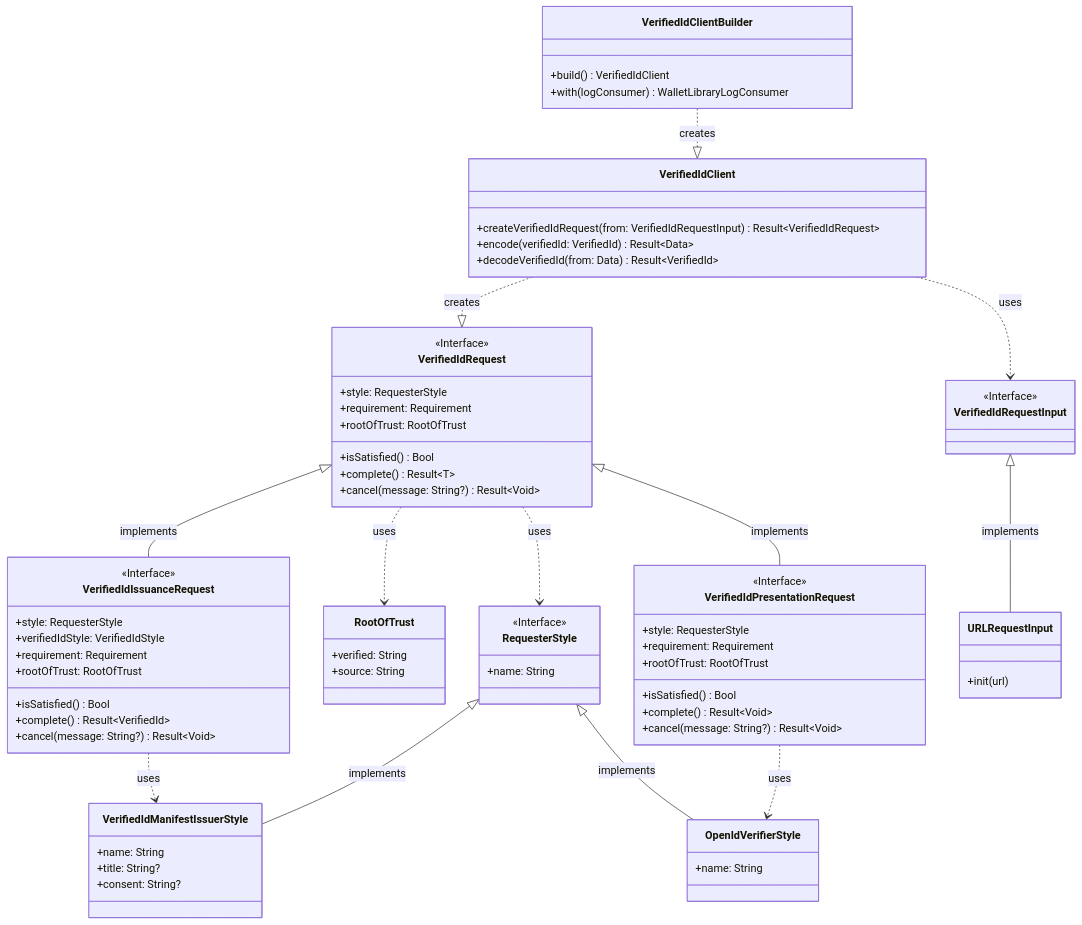
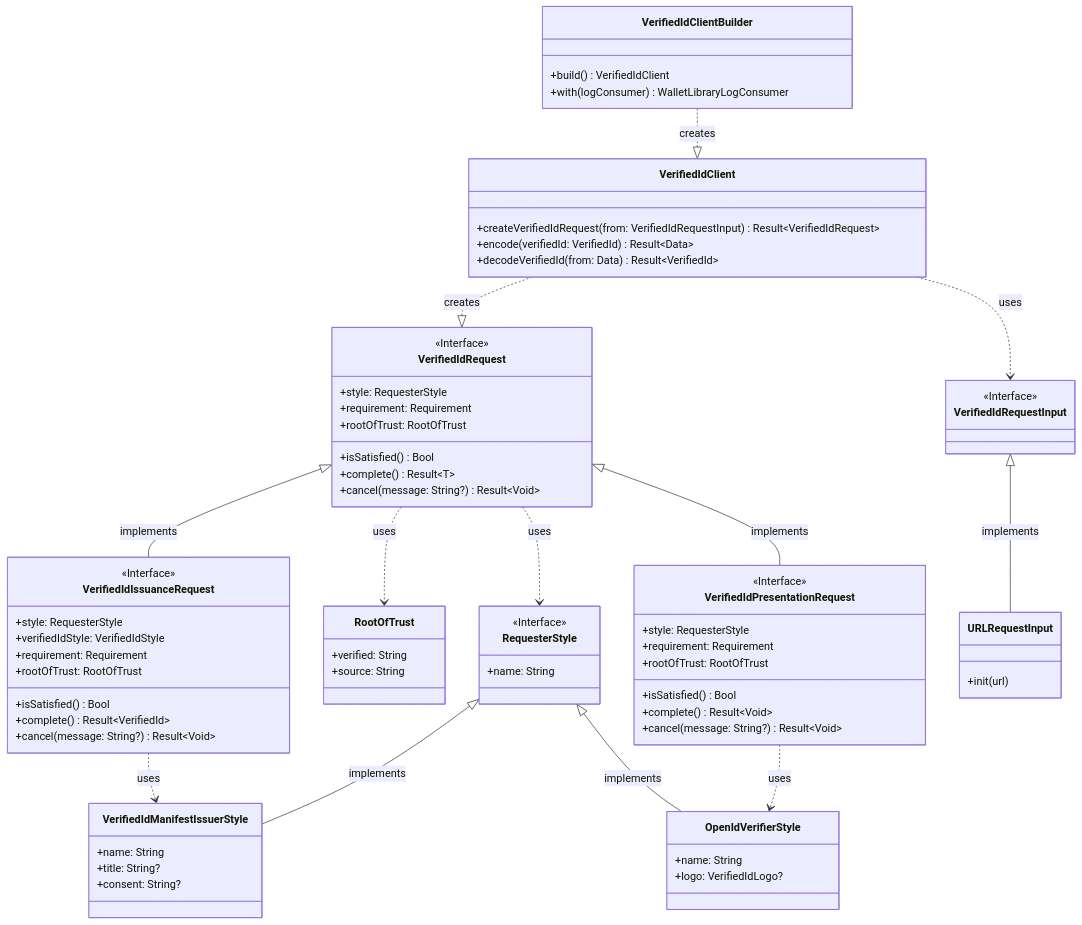
The first of 3 diagrams in Docs/LibraryArchitecture.md (microsoft/entra-verifiedid-wallet-library-ios), drawn with Mermaid before and after one commit. The commit also changed other lines of this file, not shown here.

````diff
--- a/Docs/LibraryArchitecture.md
+++ b/Docs/LibraryArchitecture.md
@@ -5,75 +5,76 @@
 ```mermaid
 classDiagram
 VerifiedIdClientBuilder ..|> VerifiedIdClient: creates
 VerifiedIdClient ..|> VerifiedIdRequest: creates
 VerifiedIdRequest ..> RequesterStyle: uses
 VerifiedIdRequest ..> RootOfTrust: uses
 VerifiedIdRequest <|-- VerifiedIdIssuanceRequest: implements
 VerifiedIdRequest <|-- VerifiedIdPresentationRequest: implements
 VerifiedIdClient ..> VerifiedIdRequestInput: uses
 VerifiedIdRequestInput <|-- URLRequestInput: implements
 RequesterStyle <|-- VerifiedIdManifestIssuerStyle: implements
 VerifiedIdPresentationRequest ..> OpenIdVerifierStyle: uses
 RequesterStyle <|-- OpenIdVerifierStyle: implements
 VerifiedIdIssuanceRequest ..> VerifiedIdManifestIssuerStyle: uses
 class VerifiedIdClientBuilder{
     +build() VerifiedIdClient
     +with(logConsumer) WalletLibraryLogConsumer
 }
 class VerifiedIdClient{
     +createVerifiedIdRequest(from: VerifiedIdRequestInput) Result<<T>VerifiedIdRequest>
     +encode(verifiedId: VerifiedId) Result<<T>Data>
     +decodeVerifiedId(from: Data) Result<<T>VerifiedId>
 }
 <<Interface>> VerifiedIdRequestInput
 class URLRequestInput{
     +init(url)
 }
 <<Interface>> VerifiedIdRequest
 class VerifiedIdRequest{
     +style: RequesterStyle
     +requirement: Requirement
     +rootOfTrust: RootOfTrust
     +isSatisfied() Bool
     +complete() Result<<T>T>
     +cancel(message: String?) Result<<T>Void>
 }
 <<Interface>> VerifiedIdIssuanceRequest
 class VerifiedIdIssuanceRequest{
     +style: RequesterStyle
     +verifiedIdStyle: VerifiedIdStyle
     +requirement: Requirement
     +rootOfTrust: RootOfTrust
     +isSatisfied() Bool
     +complete() Result<<T>VerifiedId>
     +cancel(message: String?) Result<<T>Void>
 }
 <<Interface>> VerifiedIdPresentationRequest
 class VerifiedIdPresentationRequest{
     +style: RequesterStyle
     +requirement: Requirement
     +rootOfTrust: RootOfTrust
     +isSatisfied() Bool
     +complete() Result<<T>Void>
     +cancel(message: String?) Result<<T>Void>
 }
 
 class RootOfTrust{
     +verified: String
     +source: String
 }
 <<Interface>> RequesterStyle
 class RequesterStyle{
     +name: String
 }
 
 class VerifiedIdManifestIssuerStyle{
     +name: String
     +title: String?
     +consent: String?
 }
 
 class OpenIdVerifierStyle{
     +name: String
+    +logo: VerifiedIdLogo?
 }
 ```
````
